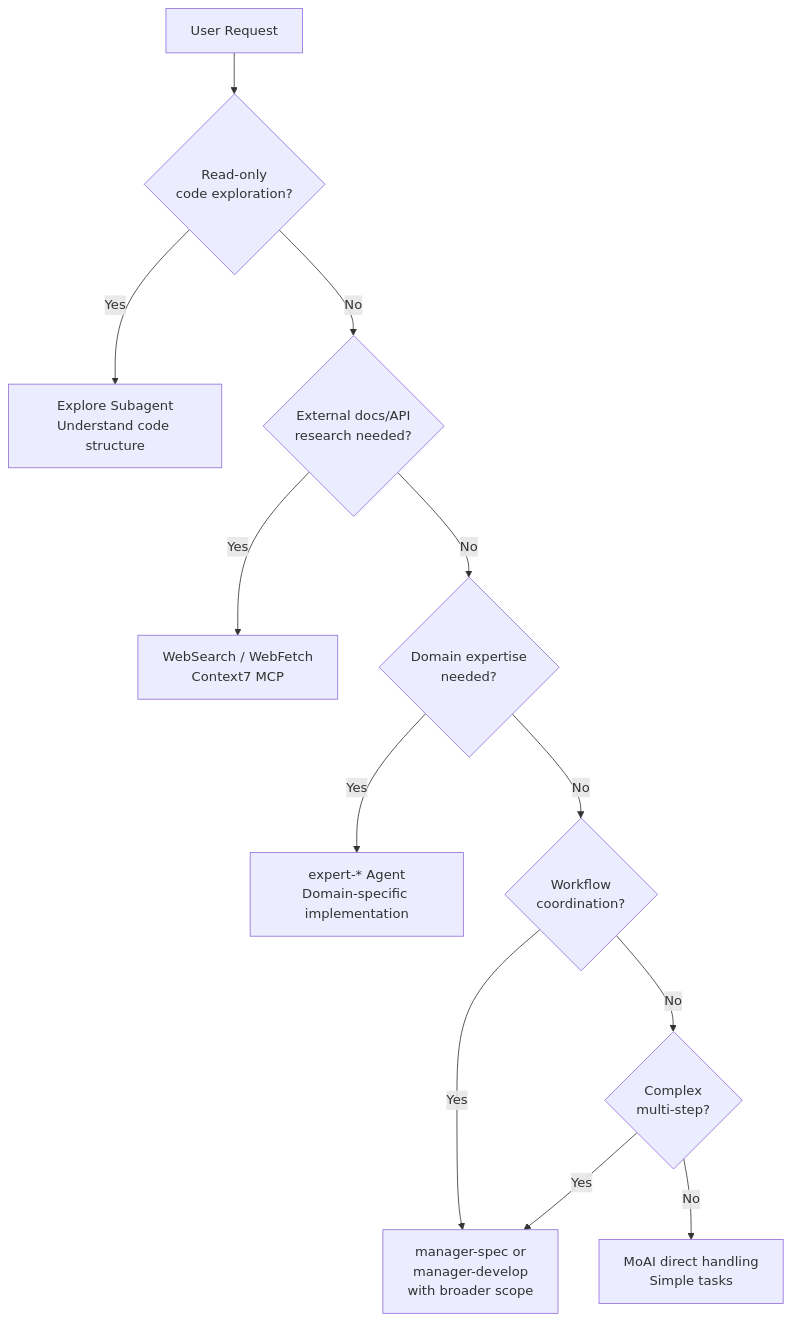
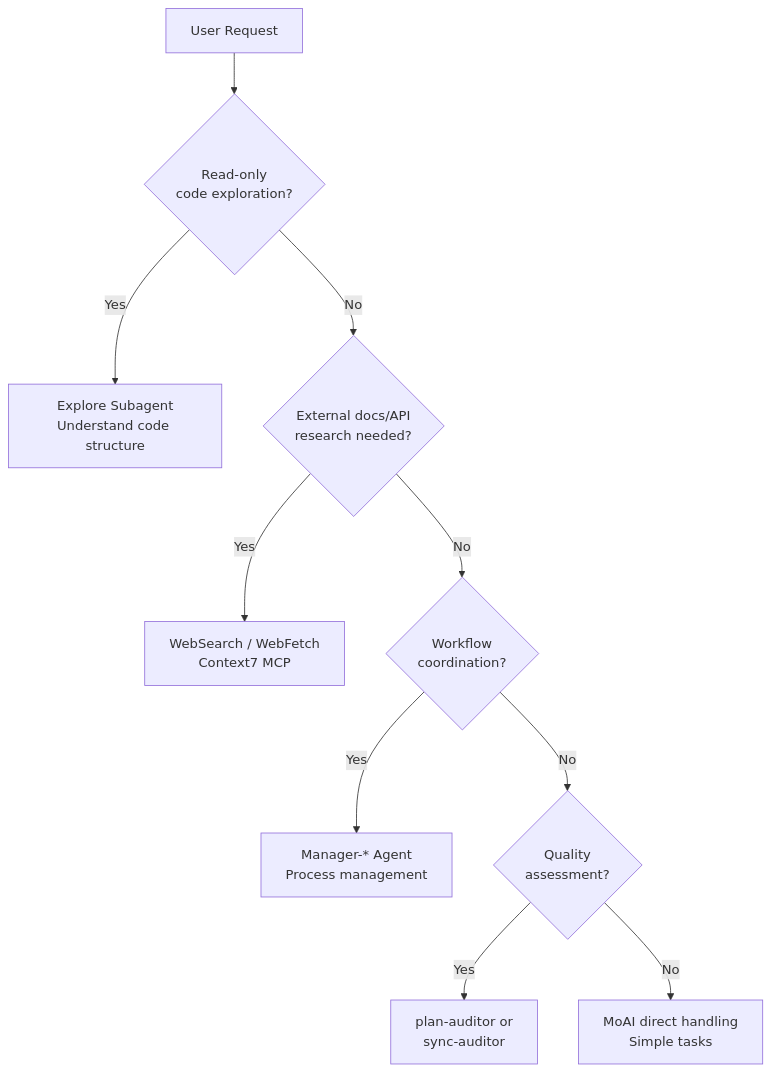
One commit to modu-ai/moai-adk changed the diagram in docs-site/content/en/advanced/agent-guide.md. Above: the diagram before and after it, drawn with Mermaid. The commit also changed other lines of this file and 4 other files, not shown here.

````diff
--- a/docs-site/content/en/advanced/agent-guide.md
+++ b/docs-site/content/en/advanced/agent-guide.md
@@ -158,19 +78,16 @@
 ```mermaid
 flowchart TD
     START[User Request] --> Q1{Read-only<br/>code exploration?}
 
     Q1 -->|Yes| EXPLORE["Explore Subagent<br/>Understand code structure"]
     Q1 -->|No| Q2{External docs/API<br/>research needed?}
 
     Q2 -->|Yes| WEB["WebSearch / WebFetch<br/>Context7 MCP"]
-    Q2 -->|No| Q3{Domain expertise<br/>needed?}
+    Q2 -->|No| Q3{Workflow<br/>coordination?}
 
-    Q3 -->|Yes| EXPERT["expert-* Agent<br/>Domain-specific implementation"]
-    Q3 -->|No| Q4{Workflow<br/>coordination?}
+    Q3 -->|Yes| MANAGER["Manager-* Agent<br/>Process management"]
+    Q3 -->|No| Q4{Quality<br/>assessment?}
 
-    Q4 -->|Yes| MANAGER["manager-* Agent<br/>Process management"]
-    Q4 -->|No| Q5{Complex<br/>multi-step?}
-
-    Q5 -->|Yes| MANAGER["manager-spec or<br/>manager-develop<br/>with broader scope"]
-    Q5 -->|No| DIRECT["MoAI direct handling<br/>Simple tasks"]
+    Q4 -->|Yes| EVAL["plan-auditor or<br/>sync-auditor"]
+    Q4 -->|No| DIRECT["MoAI direct handling<br/>Simple tasks"]
 ```
````
